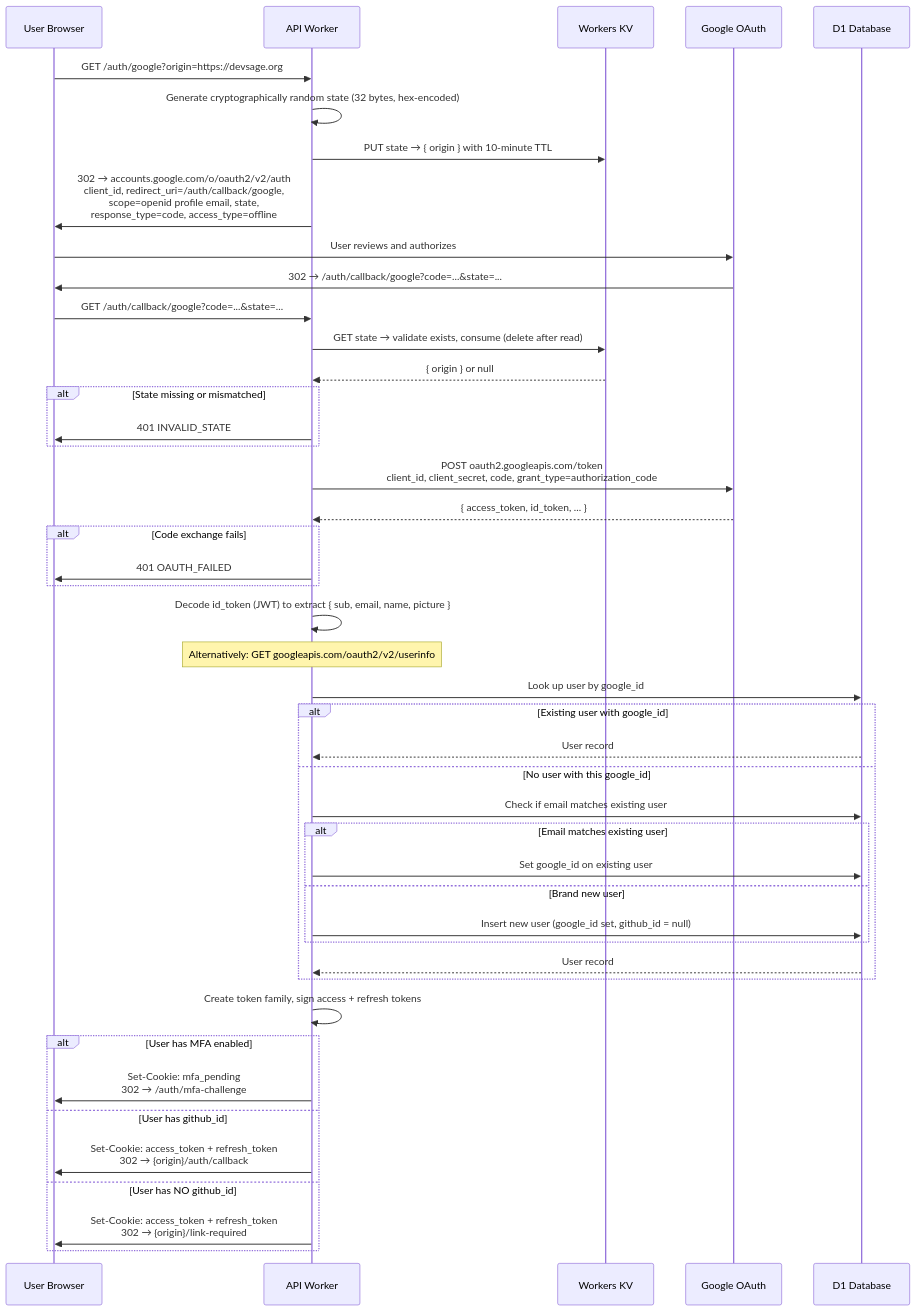
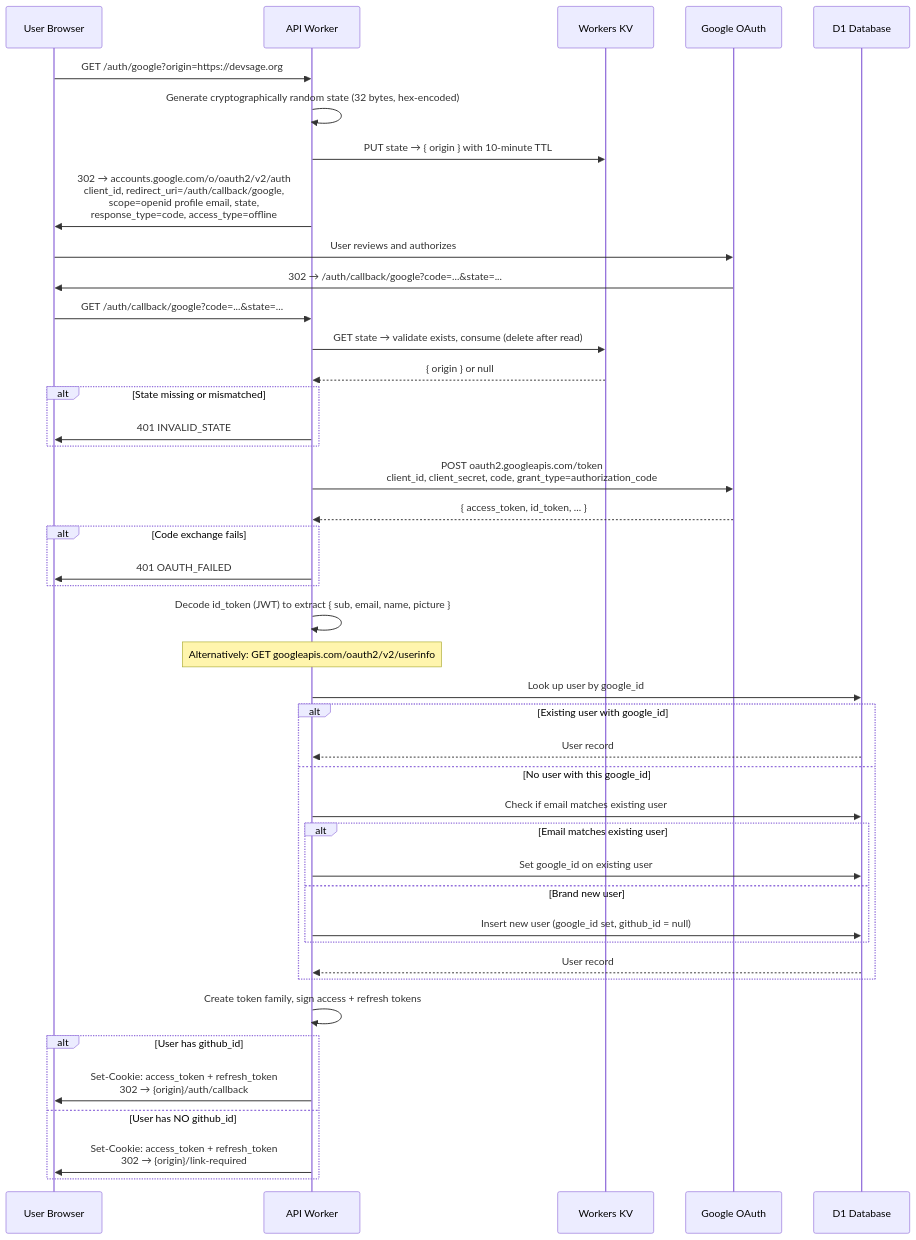
The second of 13 diagrams in docs/v3/planned/authentication.md (devangshupandey2025-stack/DevSage), drawn with Mermaid before and after one commit. The commit also changed other lines of this file, not shown here.

First line of the commit message:
docs(auth): establish 3-domain architecture, remove MFA and passkeys

````diff
--- a/docs/v3/planned/authentication.md
+++ b/docs/v3/planned/authentication.md
@@ -130,57 +168,55 @@
 ```mermaid
 sequenceDiagram
     participant U as User Browser
     participant W as API Worker
     participant KV as Workers KV
     participant GO as Google OAuth
     participant D1 as D1 Database
 
     U->>W: GET /auth/google?origin=https://devsage.org
     W->>W: Generate cryptographically random state (32 bytes, hex-encoded)
     W->>KV: PUT state → { origin } with 10-minute TTL
     W->>U: 302 → accounts.google.com/o/oauth2/v2/auth<br/>client_id, redirect_uri=/auth/callback/google,<br/>scope=openid profile email, state,<br/>response_type=code, access_type=offline
 
     U->>GO: User reviews and authorizes
     GO->>U: 302 → /auth/callback/google?code=...&state=...
 
     U->>W: GET /auth/callback/google?code=...&state=...
     W->>KV: GET state → validate exists, consume (delete after read)
     KV-->>W: { origin } or null
 
     alt State missing or mismatched
         W->>U: 401 INVALID_STATE
     end
 
     W->>GO: POST oauth2.googleapis.com/token<br/>client_id, client_secret, code, grant_type=authorization_code
     GO-->>W: { access_token, id_token, ... }
 
     alt Code exchange fails
         W->>U: 401 OAUTH_FAILED
     end
 
     W->>W: Decode id_token (JWT) to extract { sub, email, name, picture }
     Note over W: Alternatively: GET googleapis.com/oauth2/v2/userinfo
 
     W->>D1: Look up user by google_id
     alt Existing user with google_id
         D1-->>W: User record
     else No user with this google_id
         W->>D1: Check if email matches existing user
         alt Email matches existing user
             W->>D1: Set google_id on existing user
         else Brand new user
             W->>D1: Insert new user (google_id set, github_id = null)
         end
         D1-->>W: User record
     end
 
     W->>W: Create token family, sign access + refresh tokens
 
-    alt User has MFA enabled
-        W->>U: Set-Cookie: mfa_pending<br/>302 → /auth/mfa-challenge
-    else User has github_id
+    alt User has github_id
         W->>U: Set-Cookie: access_token + refresh_token<br/>302 → {origin}/auth/callback
     else User has NO github_id
         W->>U: Set-Cookie: access_token + refresh_token<br/>302 → {origin}/link-required
     end
 ```
````
